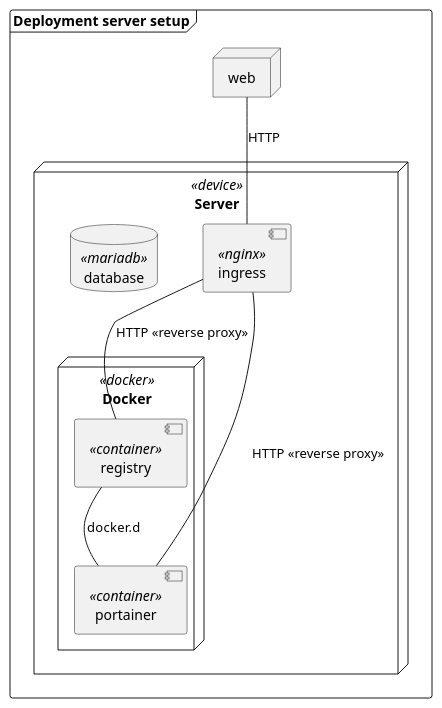
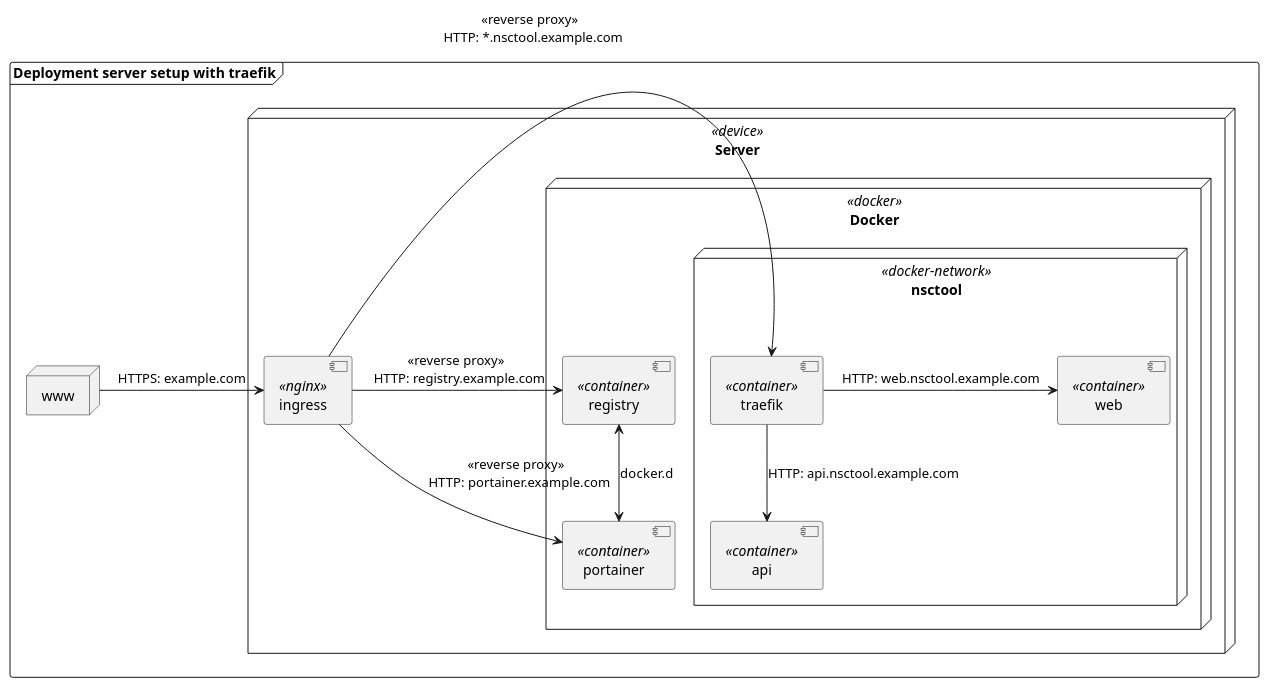
The diagram in _docs/architecture/server-deployment.puml (Implex1v/NSCTool), drawn with PlantUML before and after one commit. The commit also changed 6 other files, not shown here.

Commit message:
(_docs) Add diagram for new setup, #11

```diff
--- a/_docs/architecture/server-deployment.puml
+++ b/_docs/architecture/server-deployment.puml
@@ -1,28 +1,34 @@
 @startuml server-deployment
 skinparam monochrome true
 
-frame "Deployment server setup" {
-    node web {
-
+frame "Deployment server setup with traefik" {
+    node www {
     }
 
     node Server <<device>> {
         [ingress] <<nginx>>
-        database database <<mariadb>>
 
         node Docker <<docker>> {
             [registry] <<container>>
             [portainer] <<container>>
+            
+            node nsctool <<docker-network>> {
+                [traefik] <<container>>
+                [web] <<container>>
+                [api] <<container>>
+            }
+
+            traefik -r-> web : HTTP: web.nsctool.example.com
+            traefik --> api : HTTP: api.nsctool.example.com
         }
 
-        ingress -- registry : HTTP <<reverse proxy>>
-        ingress -- portainer : HTTP <<reverse proxy>>
-        registry -- portainer : docker.d
+        ingress -r-> traefik : <<reverse proxy>> \n HTTP: *.nsctool.example.com
+        ingress -r-> registry : <<reverse proxy>> \n HTTP: registry.example.com
+        ingress -r-> portainer : <<reverse proxy>> \n HTTP: portainer.example.com
+        registry <--> portainer : docker.d
     }
 
-    web -- ingress : HTTP
+    www -r-> ingress : HTTPS: example.com
 }
 
-
-
 @enduml
```
